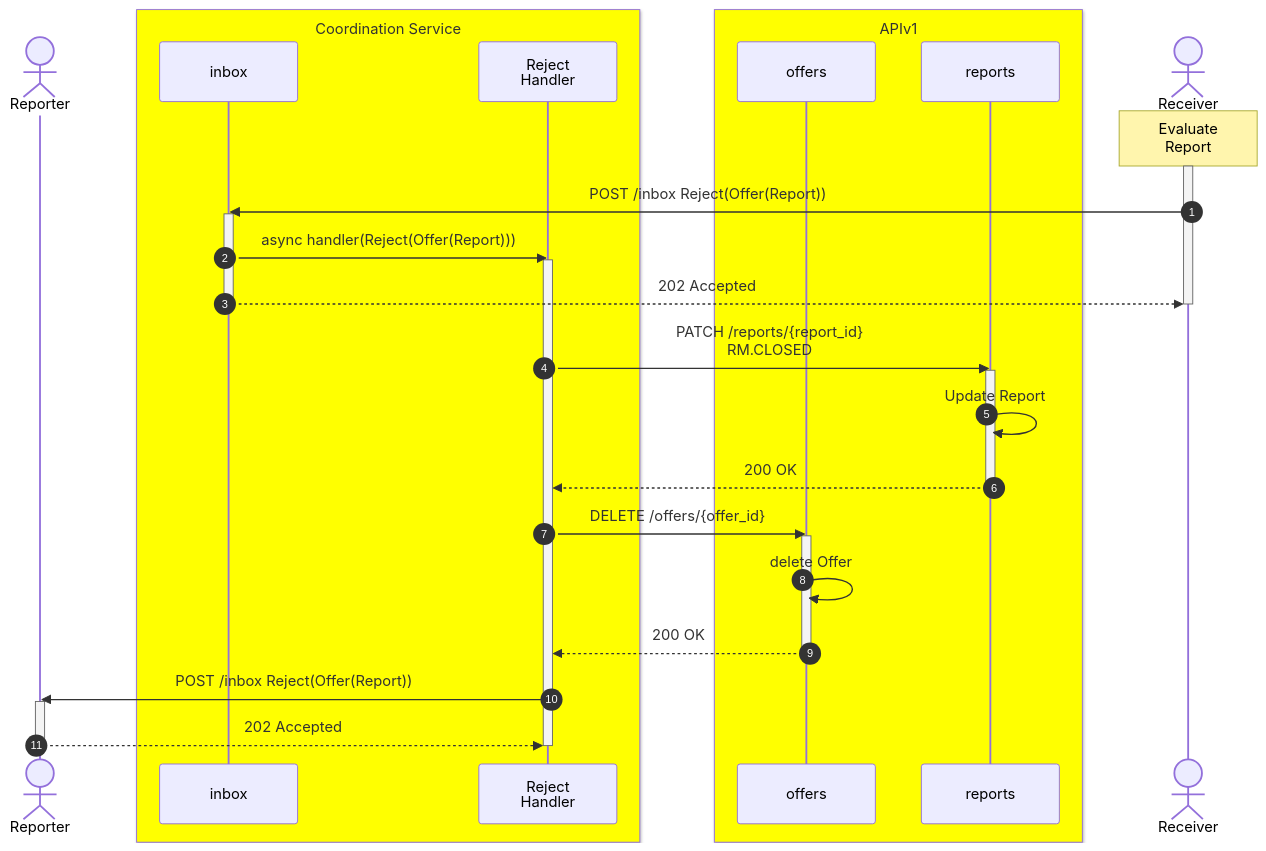
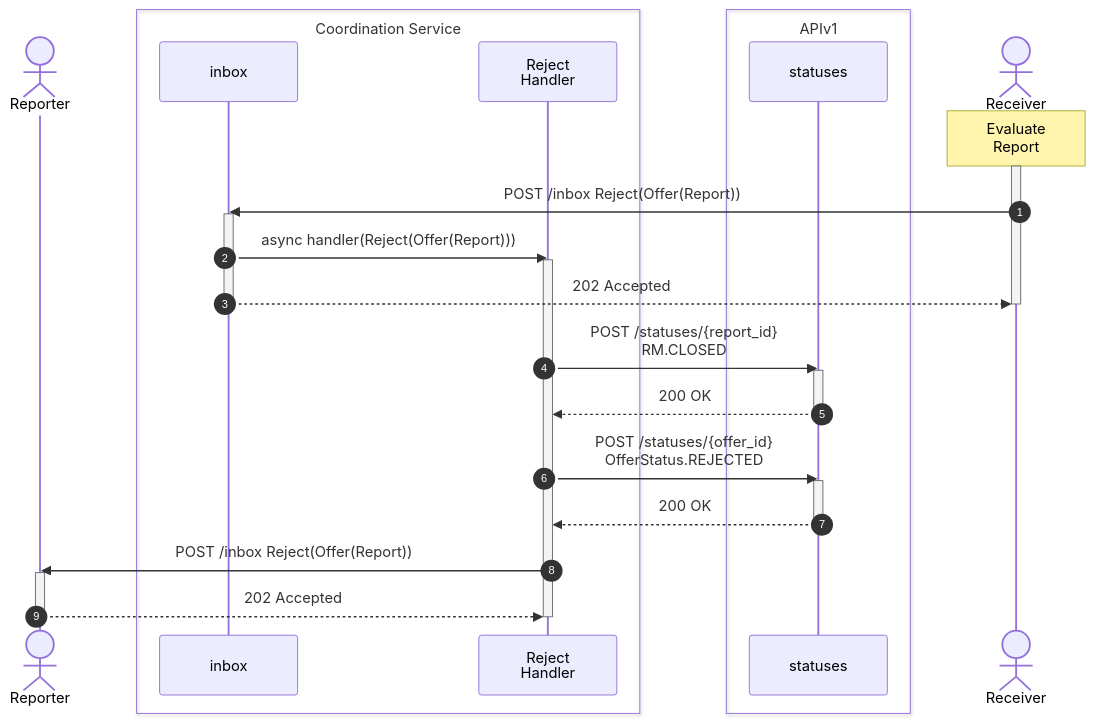
Before and after one commit to CERTCC/Vultron: the fourth of 7 diagrams in docs/howto/activitypub/activities/report_vulnerability.md, drawn with Mermaid. The commit also changed other lines of this file, not shown here.

Commit message:
refactor: update sequence diagrams to remove 'Yellow' prefix from service boxes

````diff
--- a/docs/howto/activitypub/activities/report_vulnerability.md
+++ b/docs/howto/activitypub/activities/report_vulnerability.md
@@ -172,38 +172,35 @@
 ```mermaid
 sequenceDiagram
     autonumber
     actor finder as Reporter
-    box Yellow Coordination Service
+    box Coordination Service
         participant inbox
         participant reject as Reject<br/>Handler
     end
-    box Yellow APIv1
-        participant offers
-        participant reports
+    box APIv1
+        participant statuses
     end
     actor coordinator as Receiver
     note over coordinator: Evaluate<br/>Report
     activate coordinator
     coordinator ->> inbox: POST /inbox Reject(Offer(Report))
     activate inbox
     inbox ->> reject: async handler(Reject(Offer(Report)))
     activate reject
     inbox -->> coordinator: 202 Accepted
     deactivate coordinator
     deactivate inbox
-    reject ->> reports: PATCH /reports/{report_id}<br/>RM.CLOSED
-    activate reports
-    reports ->> reports: Update Report
-    reports -->> reject: 200 OK
-    deactivate reports
-    reject ->> offers: DELETE /offers/{offer_id}
-    activate offers
-    offers ->> offers: delete Offer
-    offers -->> reject: 200 OK
-    deactivate offers
+    reject ->> statuses: POST /statuses/{report_id}<br/>RM.CLOSED
+    activate statuses
+    statuses -->> reject: 200 OK
+    deactivate statuses
+    reject ->> statuses: POST /statuses/{offer_id}<br/>OfferStatus.REJECTED
+    activate statuses
+    statuses -->> reject: 200 OK
+    deactivate statuses
     reject ->> finder: POST /inbox Reject(Offer(Report))
     activate finder
     finder -->> reject: 202 Accepted
     deactivate finder
     deactivate reject
 ```
````
